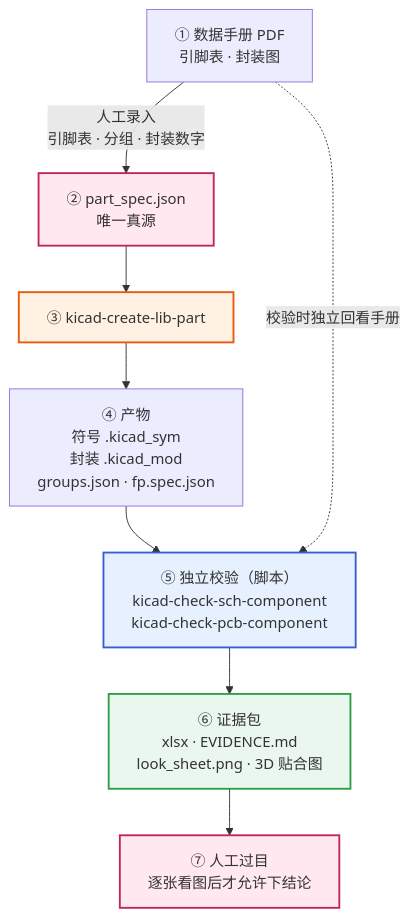
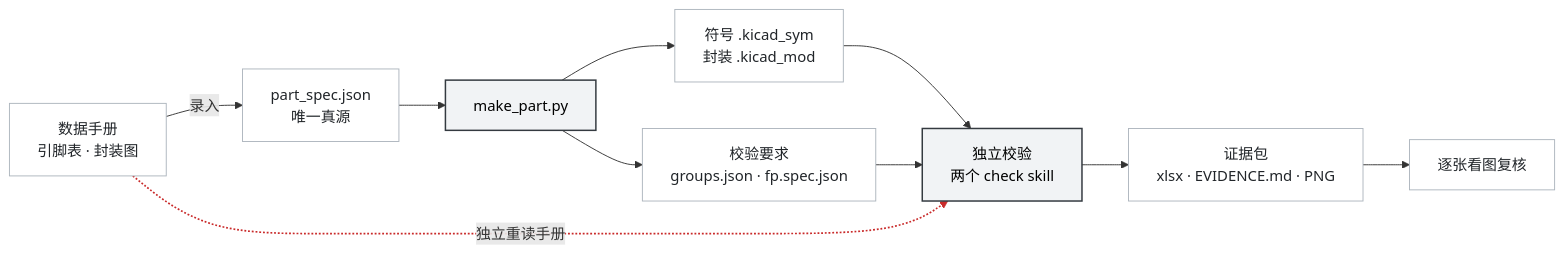
Before and after one commit to Kr1s0326/kicad-hardware-toolkit: the diagram in README.md, drawn with Mermaid. The commit also changed other lines of this file and 14 other files, not shown here.

First line of the commit message:
重画架构图；文档去机器腔；补 CI 的 YAML 检查

````diff
--- a/README.md
+++ b/README.md
@@ -5,28 +5,27 @@
 ```mermaid
-%%{init: {"flowchart": {"wrappingWidth": 460}}}%%
-flowchart TD
-    DS["① 数据手册 PDF<br/>引脚表 · 封装图"]
-    SPEC["② part_spec.json<br/>唯一真源"]
-    GEN["③ kicad-create-lib-part"]
-    ART["④ 产物<br/>符号 .kicad_sym<br/>封装 .kicad_mod<br/>groups.json · fp.spec.json"]
-    CHK["⑤ 独立校验（脚本）<br/>kicad-check-sch-component<br/>kicad-check-pcb-component"]
-    REP["⑥ 证据包<br/>xlsx · EVIDENCE.md<br/>look_sheet.png · 3D 贴合图"]
-    LOOK["⑦ 人工过目<br/>逐张看图后才允许下结论"]
+flowchart LR
+    DS["数据手册<br/>引脚表 · 封装图"]
+    SPEC["part_spec.json<br/>唯一真源"]
+    GEN["make_part.py"]
+    ART["符号 .kicad_sym<br/>封装 .kicad_mod"]
+    REQ["校验要求<br/>groups.json · fp.spec.json"]
+    CHK["独立校验<br/>两个 check skill"]
+    EVI["证据包<br/>xlsx · EVIDENCE.md · PNG"]
+    REV["逐张看图复核"]
 
-    DS -->|"人工录入<br/>引脚表 · 分组 · 封装数字"| SPEC
+    DS -->|录入| SPEC
     SPEC --> GEN
     GEN --> ART
+    GEN --> REQ
     ART --> CHK
-    CHK --> REP
-    REP --> LOOK
-    DS -.->|校验时独立回看手册| CHK
+    REQ --> CHK
+    CHK --> EVI
+    EVI --> REV
+    DS -.->|独立重读手册| CHK
 
-    classDef gen fill:#fff2e2,stroke:#e8590c,stroke-width:2px
-    classDef chk fill:#e7f0ff,stroke:#3b5bdb,stroke-width:2px
-    classDef rep fill:#eaf7ee,stroke:#2f9e44,stroke-width:2px
-    classDef man fill:#ffe8f0,stroke:#c2255c,stroke-width:2px
-    class GEN gen
-    class CHK chk
-    class REP rep
-    class SPEC,LOOK man
+    classDef n fill:#ffffff,stroke:#adb5bd,color:#212529
+    classDef core fill:#f1f3f5,stroke:#343a40,stroke-width:1.6px,color:#000000
+    class DS,SPEC,ART,REQ,EVI,REV n
+    class GEN,CHK core
+    linkStyle 8 stroke:#c92a2a,stroke-width:1.8px
 ```
````
